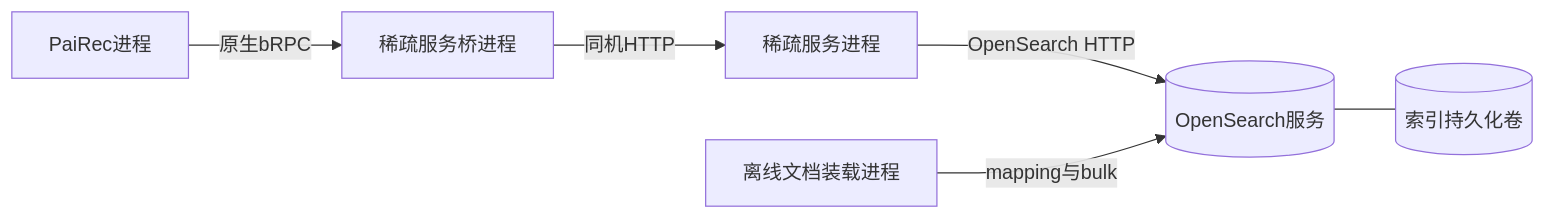
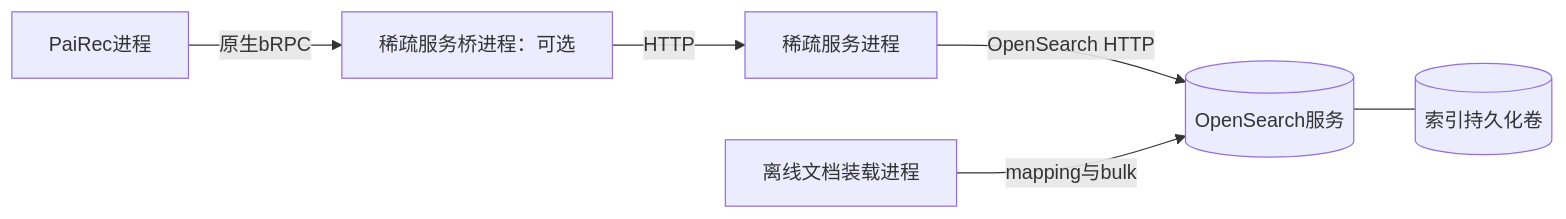
One commit to bitianyuan123/docs changed the ninth of 15 diagrams in 07_other_services.md. Above: the diagram before and after it, drawn with Mermaid. The commit also changed other lines of this file and 85 other files, not shown here.

````diff
--- a/07_other_services.md
+++ b/07_other_services.md
@@ -248,8 +250,8 @@
 ```mermaid
 flowchart LR
-    P[PaiRec进程] -->|原生bRPC| B[稀疏服务桥进程]
-    B -->|同机HTTP| S[稀疏服务进程]
+    P[PaiRec进程] -->|原生bRPC| B[稀疏服务桥进程：可选]
+    B -->|HTTP| S[稀疏服务进程]
     S -->|OpenSearch HTTP| O[(OpenSearch服务)]
     L[离线文档装载进程] -->|mapping与bulk| O
     O --- D[(索引持久化卷)]
 ```
````
